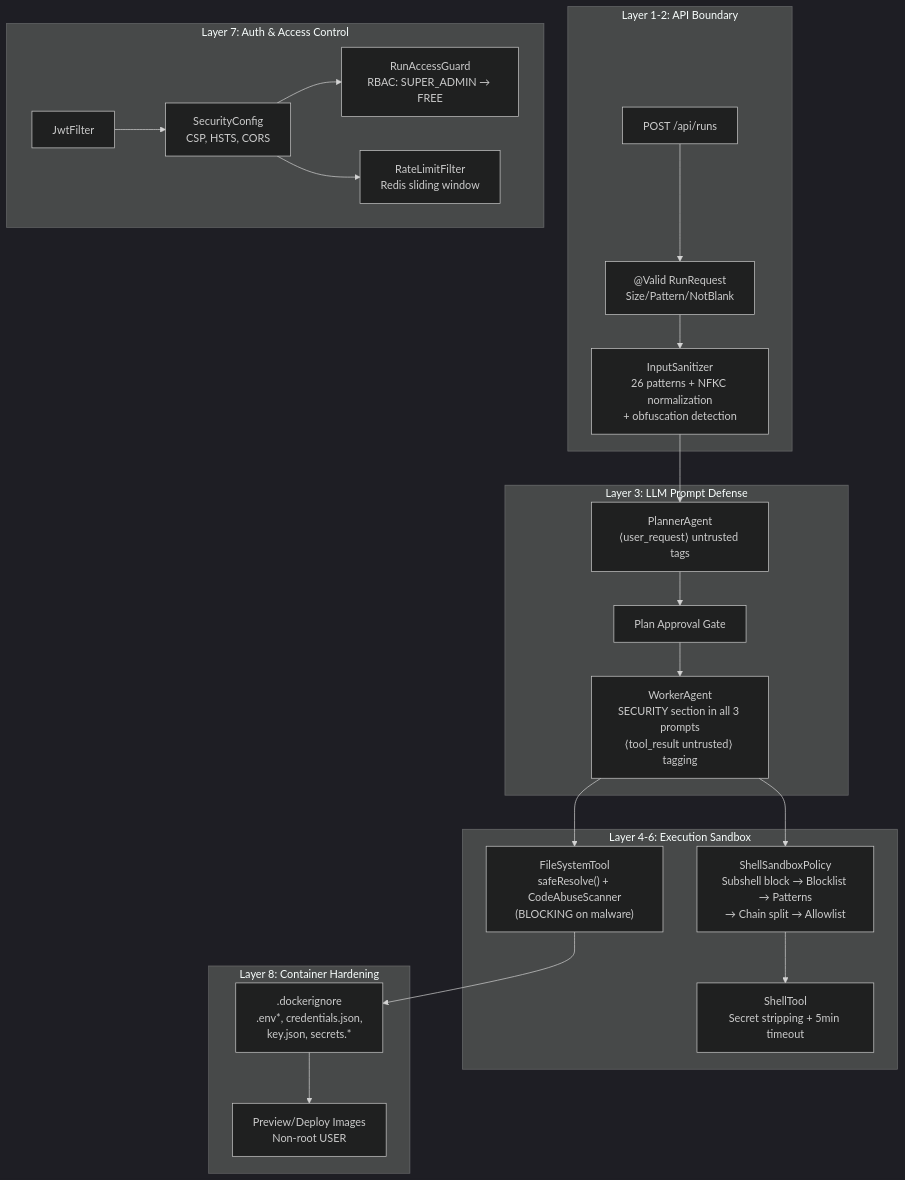
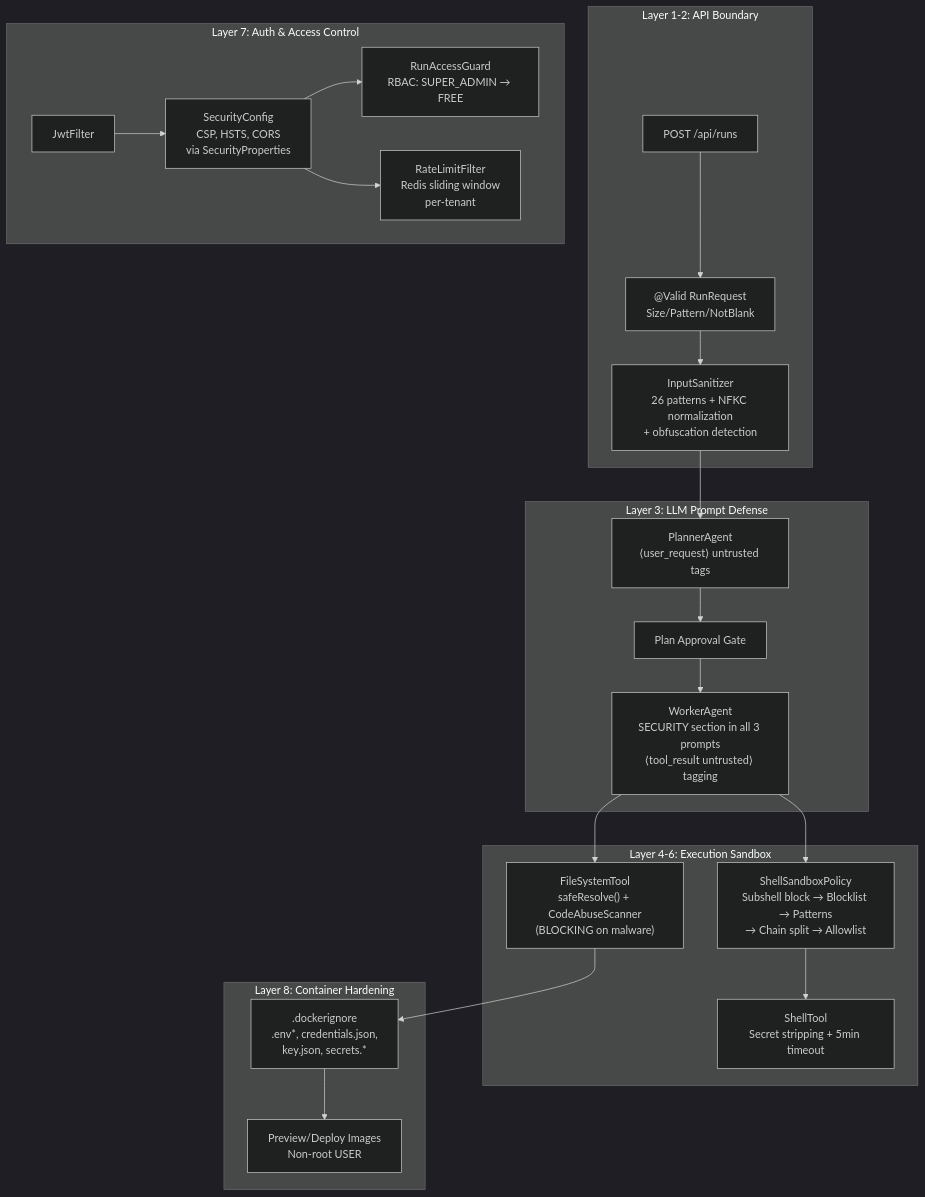
One commit to navneetprabhakar/executespec changed the seventh of 13 diagrams in docs/ARCHITECTURE.md. Above: the diagram before and after it, drawn with Mermaid (dark theme). The commit also changed other lines of this file and 47 other files, not shown here.

````diff
--- a/docs/ARCHITECTURE.md
+++ b/docs/ARCHITECTURE.md
@@ -387,30 +431,30 @@
 ```mermaid
 graph TB
     subgraph "Layer 1-2: API Boundary"
         REQ[POST /api/runs] --> VAL["@Valid RunRequest<br/>Size/Pattern/NotBlank"]
         VAL --> SCAN["InputSanitizer<br/>26 patterns + NFKC normalization<br/>+ obfuscation detection"]
     end
 
     subgraph "Layer 3: LLM Prompt Defense"
         SCAN --> PLAN["PlannerAgent<br/>⟨user_request⟩ untrusted tags"]
         PLAN --> GATE[Plan Approval Gate]
         GATE --> WORK["WorkerAgent<br/>SECURITY section in all 3 prompts<br/>⟨tool_result untrusted⟩ tagging"]
     end
 
     subgraph "Layer 4-6: Execution Sandbox"
         WORK --> SHELL["ShellSandboxPolicy<br/>Subshell block → Blocklist → Patterns<br/>→ Chain split → Allowlist"]
         WORK --> FS["FileSystemTool<br/>safeResolve() + CodeAbuseScanner<br/>(BLOCKING on malware)"]
         SHELL --> PROC["ShellTool<br/>Secret stripping + 5min timeout"]
     end
 
     subgraph "Layer 7: Auth & Access Control"
-        JF[JwtFilter] --> SC[SecurityConfig<br/>CSP, HSTS, CORS]
+        JF[JwtFilter] --> SC[SecurityConfig<br/>CSP, HSTS, CORS<br/>via SecurityProperties]
         SC --> RAG[RunAccessGuard<br/>RBAC: SUPER_ADMIN → FREE]
-        SC --> RL[RateLimitFilter<br/>Redis sliding window]
+        SC --> RL[RateLimitFilter<br/>Redis sliding window<br/>per-tenant]
     end
 
     subgraph "Layer 8: Container Hardening"
         FS --> DI[".dockerignore<br/>.env*, credentials.json,<br/>key.json, secrets.*"]
         DI --> IMG["Preview/Deploy Images<br/>Non-root USER"]
     end
 ```
````
